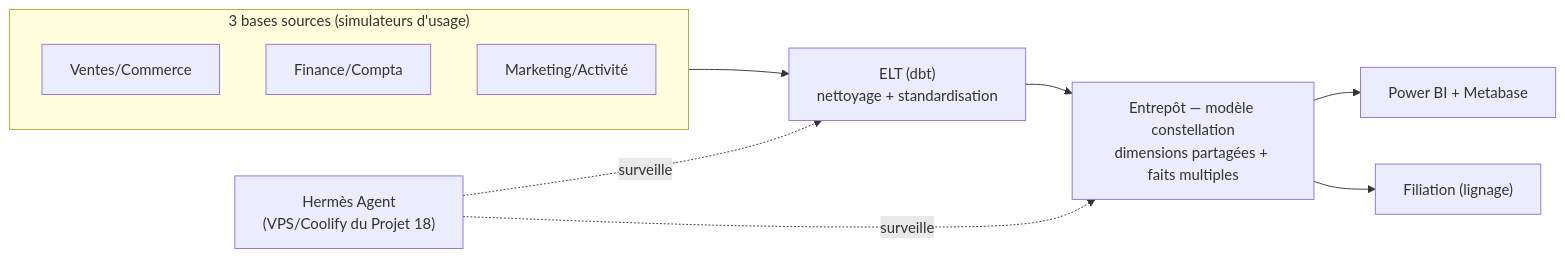
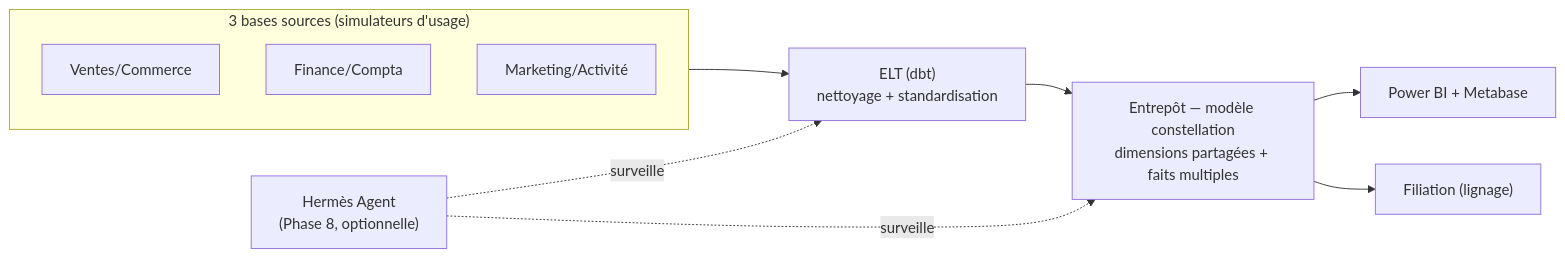
The first of 2 diagrams in README.md (valentinratigniet-byte/projet-19-plateforme-entreprise), drawn with Mermaid before and after one commit. The commit also changed other lines of this file, not shown here.

Commit message:
docs: Hermes Agent en standby, Phase 8 optionnelle (cout 0e), charge VPS reelle verifiee

````diff
--- a/README.md
+++ b/README.md
@@ -31,14 +31,14 @@
 ```mermaid
 flowchart LR
     subgraph Sources["3 bases sources (simulateurs d'usage)"]
         V["Ventes/Commerce"]
         F["Finance/Compta"]
         M["Marketing/Activité"]
     end
     Sources --> ETL["ELT (dbt)\nnettoyage + standardisation"]
     ETL --> DWH["Entrepôt — modèle constellation\ndimensions partagées + faits multiples"]
     DWH --> BI["Power BI + Metabase"]
     DWH --> FIL["Filiation (lignage)"]
-    HERMES["Hermès Agent\n(VPS/Coolify du Projet 18)"] -.surveille.-> ETL
+    HERMES["Hermès Agent\n(Phase 8, optionnelle)"] -.surveille.-> ETL
     HERMES -.surveille.-> DWH
 ```
````
